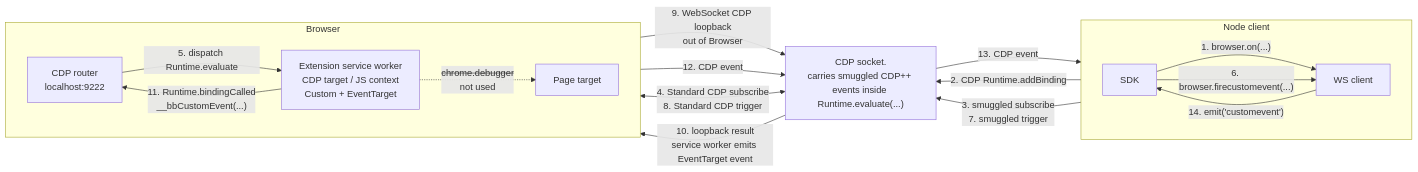
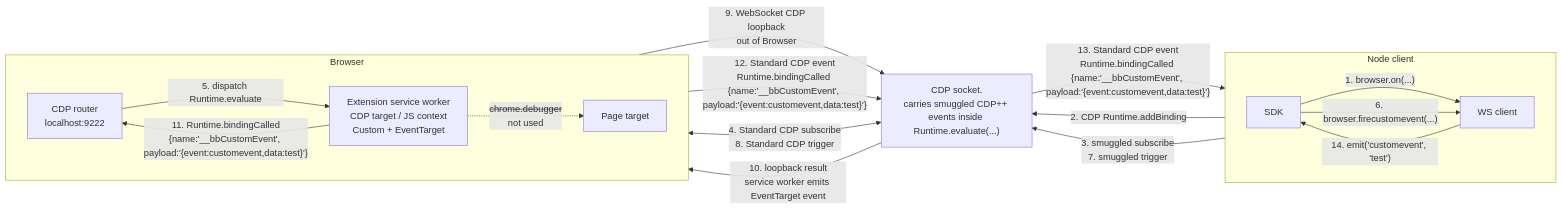
Before and after one commit to pirate/chrome-cdp-extension-bridge: the fourth of 4 diagrams in README.md, drawn with Mermaid. The commit also changed other lines of this file, not shown here.

Commit message:
Show concrete CDP event payloads

````diff
--- a/README.md
+++ b/README.md
@@ -134,31 +134,31 @@
 ```mermaid
 flowchart LR
   subgraph Node["Node client"]
     direction LR
     SDK["SDK"]
     WS["WS client"]
     SDK -->|"1. browser.on(...)"| WS
     SDK -->|"6. browser.firecustomevent(...)"| WS
   end
 
   subgraph Browser["Browser"]
     direction LR
     CDP["CDP router<br/>localhost:9222"]
     SW["Extension service worker<br/>CDP target / JS context<br/>Custom + EventTarget"]
     Page["Page target"]
     CDP -->|"5. dispatch Runtime.evaluate"| SW
     SW -. "<s>chrome.debugger</s><br/>not used" .-> Page
   end
 
   Socket["CDP socket.<br/>carries smuggled CDP++ events inside Runtime.evaluate(...)"]
 
   WS -->|"2. CDP Runtime.addBinding"| Socket
   WS -->|"3. smuggled subscribe<br/>7. smuggled trigger"| Socket
   Socket <-->|"4. Standard CDP subscribe<br/>8. Standard CDP trigger"| CDP
   SW -->|"9. WebSocket CDP loopback<br/>out of Browser"| Socket
   Socket -->|"10. loopback result<br/>service worker emits EventTarget event"| SW
-  SW -->|"11. Runtime.bindingCalled<br/>__bbCustomEvent(...)"| CDP
-  CDP -->|"12. CDP event"| Socket
-  Socket -->|"13. CDP event"| WS
-  WS -->|"14. emit('customevent')"| SDK
+  SW -->|"11. Runtime.bindingCalled<br/>{name:'__bbCustomEvent', payload:'{event:customevent,data:test}'}"| CDP
+  CDP -->|"12. Standard CDP event<br/>Runtime.bindingCalled {name:'__bbCustomEvent', payload:'{event:customevent,data:test}'}"| Socket
+  Socket -->|"13. Standard CDP event<br/>Runtime.bindingCalled {name:'__bbCustomEvent', payload:'{event:customevent,data:test}'}"| WS
+  WS -->|"14. emit('customevent', 'test')"| SDK
 ```
````
